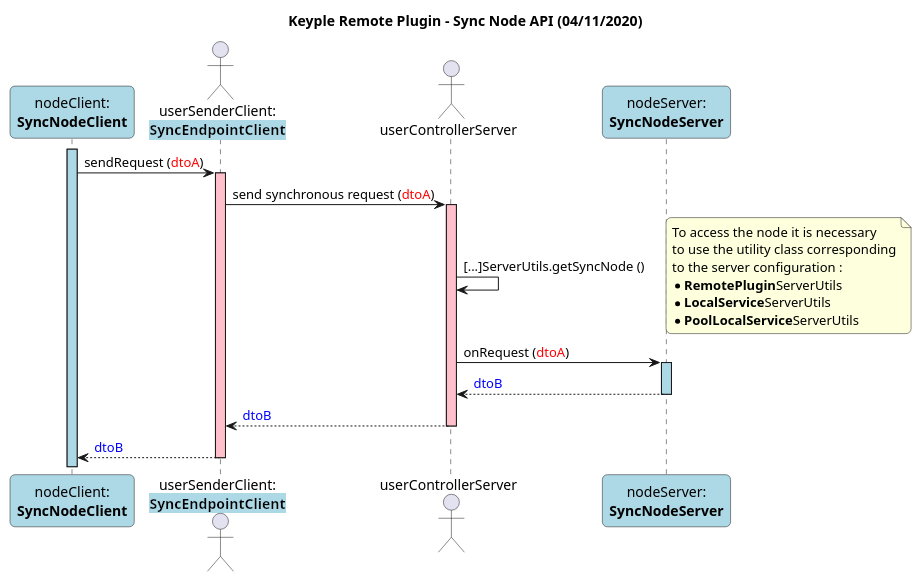
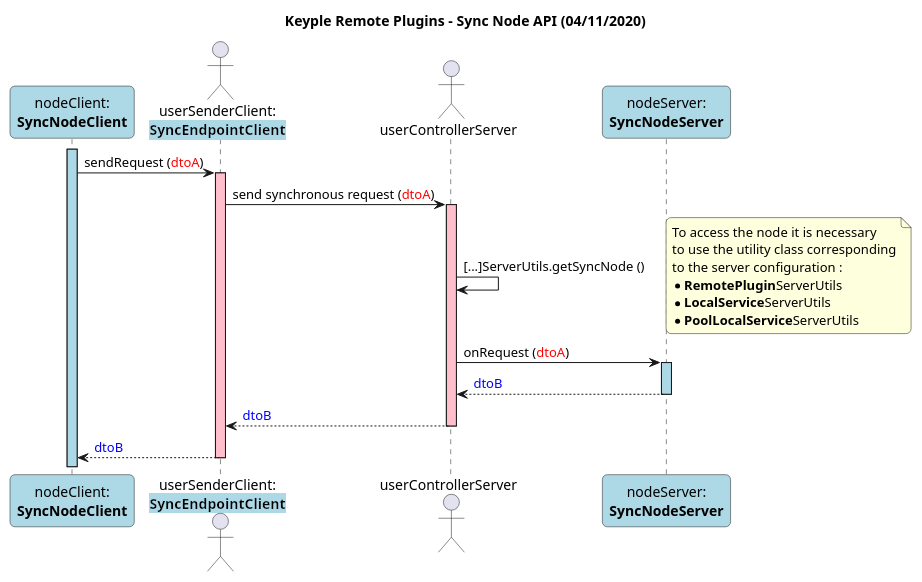
The diagram in media/remote-plugin/sequence/Remote_Sequence_SyncNode_API.puml (yvonneyam/keyple-website), drawn with PlantUML before and after one commit. The commit also changed 808 other files, not shown here.

```diff
--- a/media/remote-plugin/sequence/Remote_Sequence_SyncNode_API.puml
+++ b/media/remote-plugin/sequence/Remote_Sequence_SyncNode_API.puml
@@ -1,42 +1,42 @@
 @startuml
 
 title
-    Keyple Remote Plugin - Sync Node API (04/11/2020)
+    Keyple Remote Plugins - Sync Node API (04/11/2020)
 end title
 
 ' == THEME ==
 
 skinparam Shadowing false
 skinparam RoundCorner 10
 
 ' == CONTENT ==
 
 participant "nodeClient:\n**SyncNodeClient**" as nodeClient #LightBlue
 actor "userSenderClient:\n**<back:LightBlue>SyncEndpointClient**" as userSenderClient
 
 actor "userControllerServer" as userControllerServer
 participant "nodeServer:\n**SyncNodeServer**" as nodeServer #LightBlue
 
 activate nodeClient #LightBlue
 nodeClient -> userSenderClient : sendRequest (<color:red>dtoA</color>)
 activate userSenderClient #Pink
 userSenderClient -> userControllerServer : send synchronous request (<color:red>dtoA</color>)
 
 activate userControllerServer #Pink
 userControllerServer -> userControllerServer : [...]ServerUtils.getSyncNode ()
 note right
     To access the node it is necessary
     to use the utility class corresponding
     to the server configuration :
     * **RemotePlugin**ServerUtils
     * **LocalService**ServerUtils
     * **PoolLocalService**ServerUtils
 end note
 userControllerServer -> nodeServer : onRequest (<color:red>dtoA</color>)
 activate nodeServer #LightBlue
 return <color:blue>dtoB</color>
 return <color:blue>dtoB</color>
 return <color:blue>dtoB</color>
 
 
 @enduml
```
